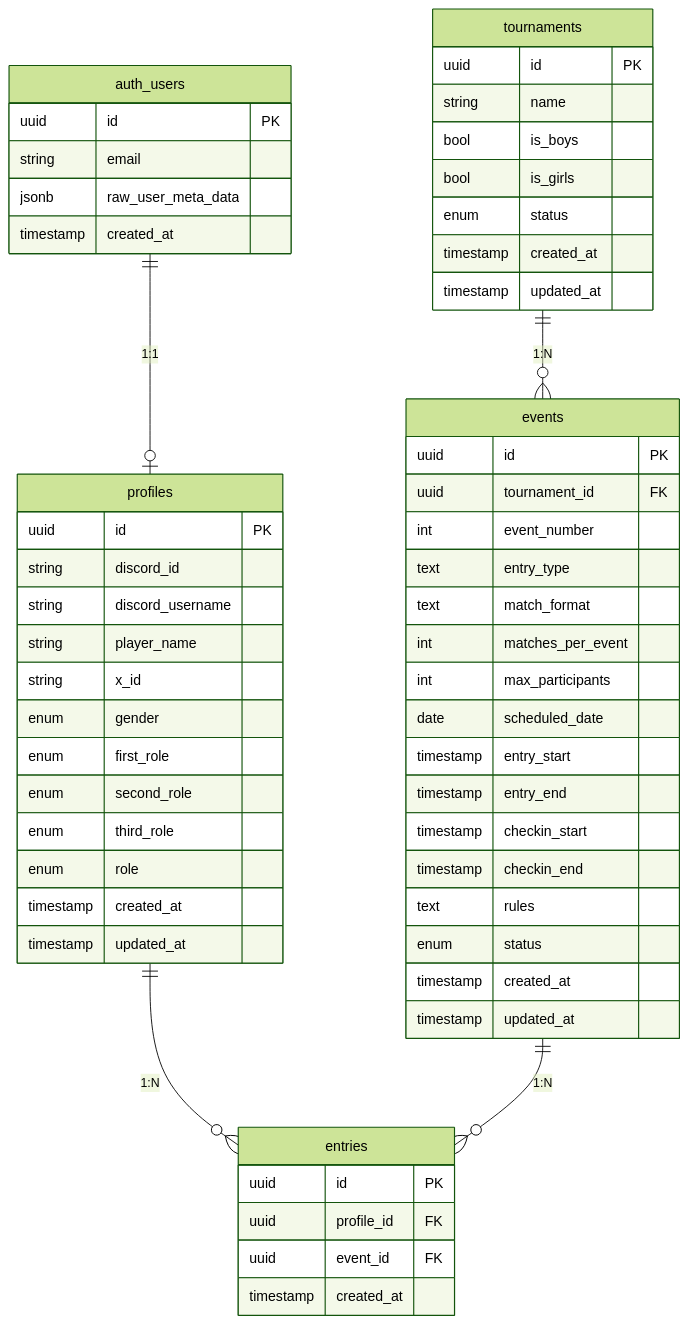
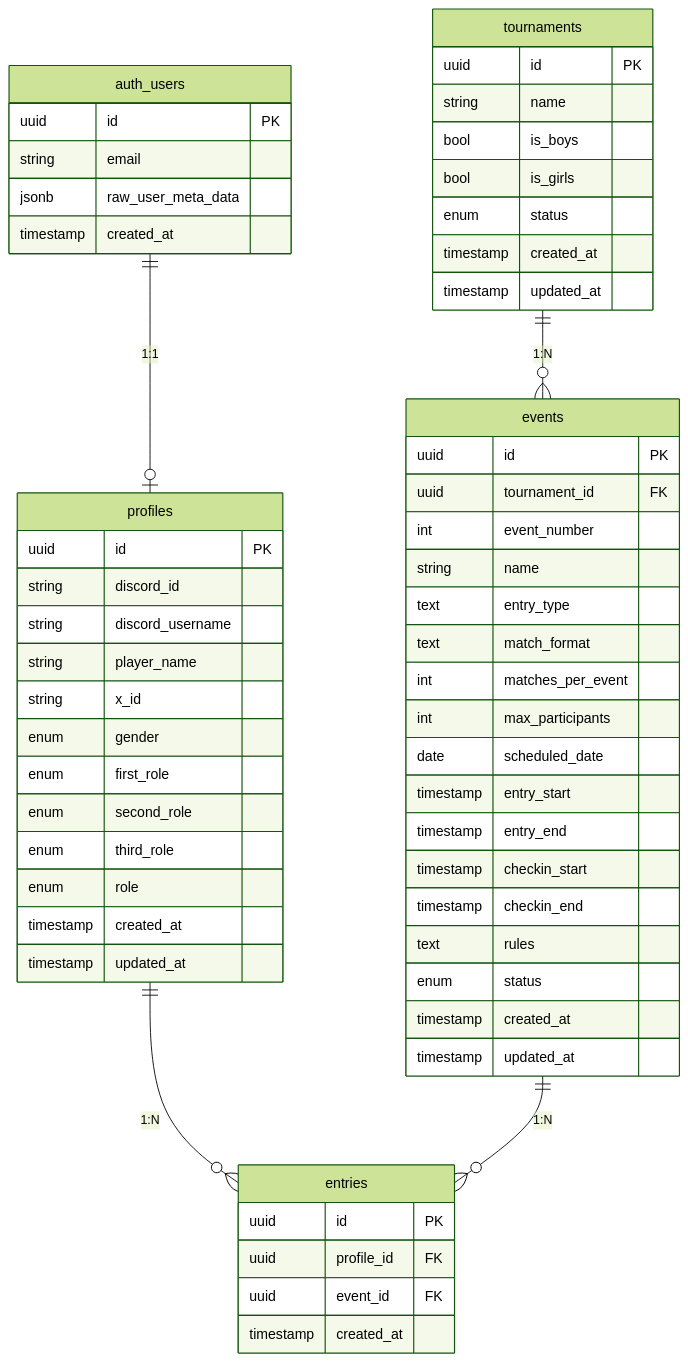
Before and after one commit to juv-shun/JiroRimi: the diagram in docs/database_design.md, drawn with Mermaid (forest theme). The commit also changed other lines of this file, not shown here.

Commit message:
docs: eventsにnameカラムを追加
イベントごとに任意の名前を設定可能にする（例: 予選1、グランドファイナル）。
event_type廃止に伴い、イベントの識別・表示はnameで行う。

````diff
--- a/docs/database_design.md
+++ b/docs/database_design.md
@@ -9,65 +9,66 @@
 ```mermaid
 erDiagram
     auth_users ||--o| profiles : "1:1"
     profiles ||--o{ entries : "1:N"
     tournaments ||--o{ events : "1:N"
     events ||--o{ entries : "1:N"
 
     auth_users {
         uuid id PK
         string email
         jsonb raw_user_meta_data
         timestamp created_at
     }
 
     profiles {
         uuid id PK
         string discord_id
         string discord_username
         string player_name
         string x_id
         enum gender
         enum first_role
         enum second_role
         enum third_role
         enum role
         timestamp created_at
         timestamp updated_at
     }
 
     tournaments {
         uuid id PK
         string name
         bool is_boys
         bool is_girls
         enum status
         timestamp created_at
         timestamp updated_at
     }
 
     events {
         uuid id PK
         uuid tournament_id FK
         int event_number
+        string name
         text entry_type
         text match_format
         int matches_per_event
         int max_participants
         date scheduled_date
         timestamp entry_start
         timestamp entry_end
         timestamp checkin_start
         timestamp checkin_end
         text rules
         enum status
         timestamp created_at
         timestamp updated_at
     }
 
     entries {
         uuid id PK
         uuid profile_id FK
         uuid event_id FK
         timestamp created_at
     }
 ```
````
